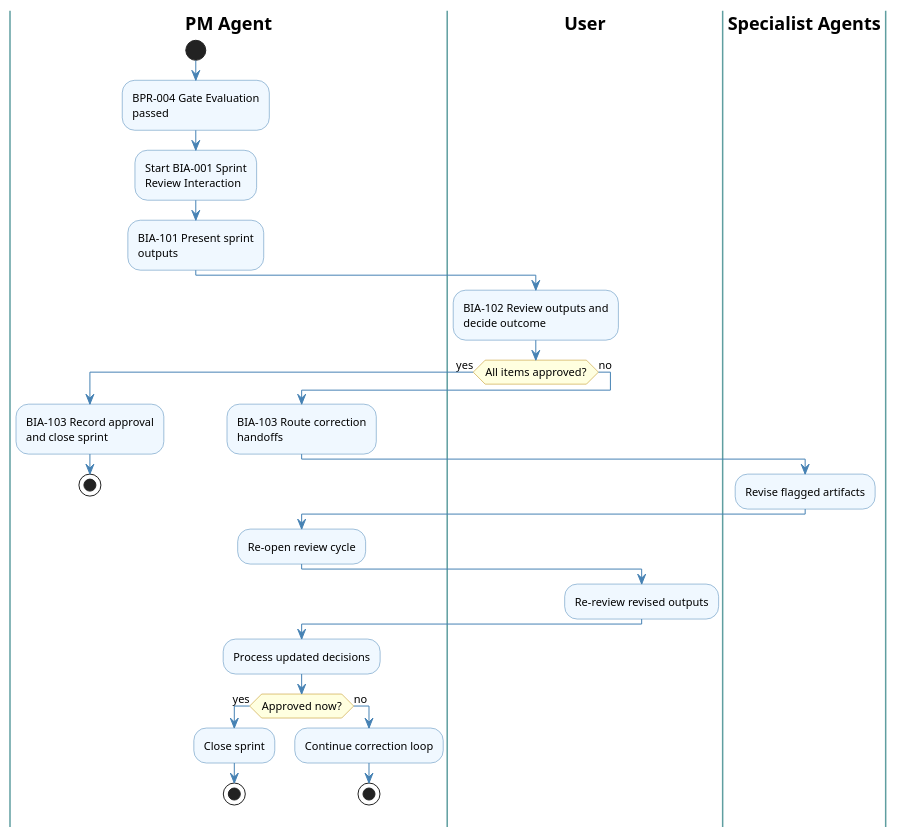
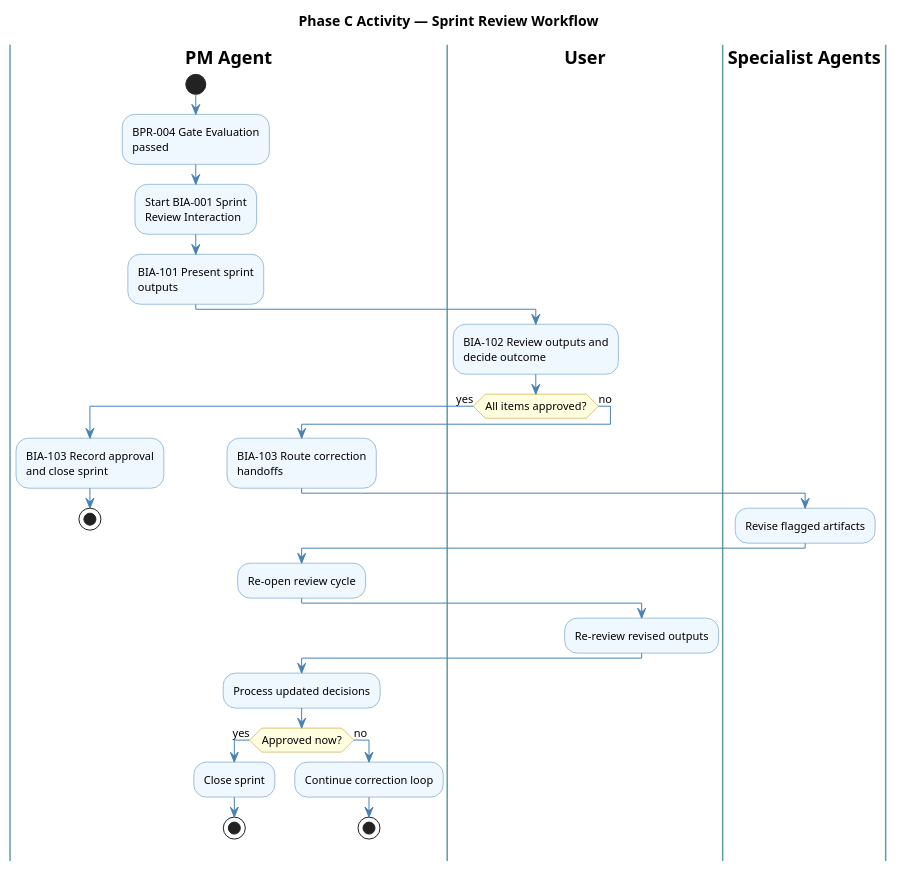
The diagram in engagements/ENG-001/work-repositories/architecture-repository/diagram-catalog/diagrams/phase-c-activity-sprint-review-v1.puml (mbauer83/sdlc-multi-agent-system), drawn with PlantUML before and after one commit. The commit also changed other lines of this file and 2800 other files, not shown here.

Commit message:
Adopt typed connection IDs and enforce diagram titles

```diff
--- a/engagements/ENG-001/work-repositories/architecture-repository/diagram-catalog/diagrams/phase-c-activity-sprint-review-v1.puml
+++ b/engagements/ENG-001/work-repositories/architecture-repository/diagram-catalog/diagrams/phase-c-activity-sprint-review-v1.puml
@@ -28,55 +28,56 @@
 @startuml phase-c-activity-sprint-review-v1
+title Phase C Activity — Sprint Review Workflow
 
 skinparam activity {
   BackgroundColor AliceBlue
   BorderColor SteelBlue
   DiamondBackgroundColor LightYellow
   DiamondBorderColor DarkGoldenrod
   ArrowColor SteelBlue
   FontSize 11
 }
 skinparam swimlane {
   BorderColor CadetBlue
   TitleFontStyle bold
 }
 
 |PM Agent|
 start
 :BPR-004 Gate Evaluation
 passed;
 :Start BIA-001 Sprint
 Review Interaction;
 :BIA-101 Present sprint
 outputs;
 
 |User|
 :BIA-102 Review outputs and
 decide outcome;
 
 if (All items approved?) then (yes)
   |PM Agent|
   :BIA-103 Record approval
 and close sprint;
   stop
 else (no)
   |PM Agent|
   :BIA-103 Route correction
 handoffs;
   |Specialist Agents|
   :Revise flagged artifacts;
   |PM Agent|
   :Re-open review cycle;
   |User|
   :Re-review revised outputs;
   |PM Agent|
   :Process updated decisions;
   if (Approved now?) then (yes)
     :Close sprint;
     stop
   else (no)
     :Continue correction loop;
     stop
   endif
 endif
 
 @enduml
```
